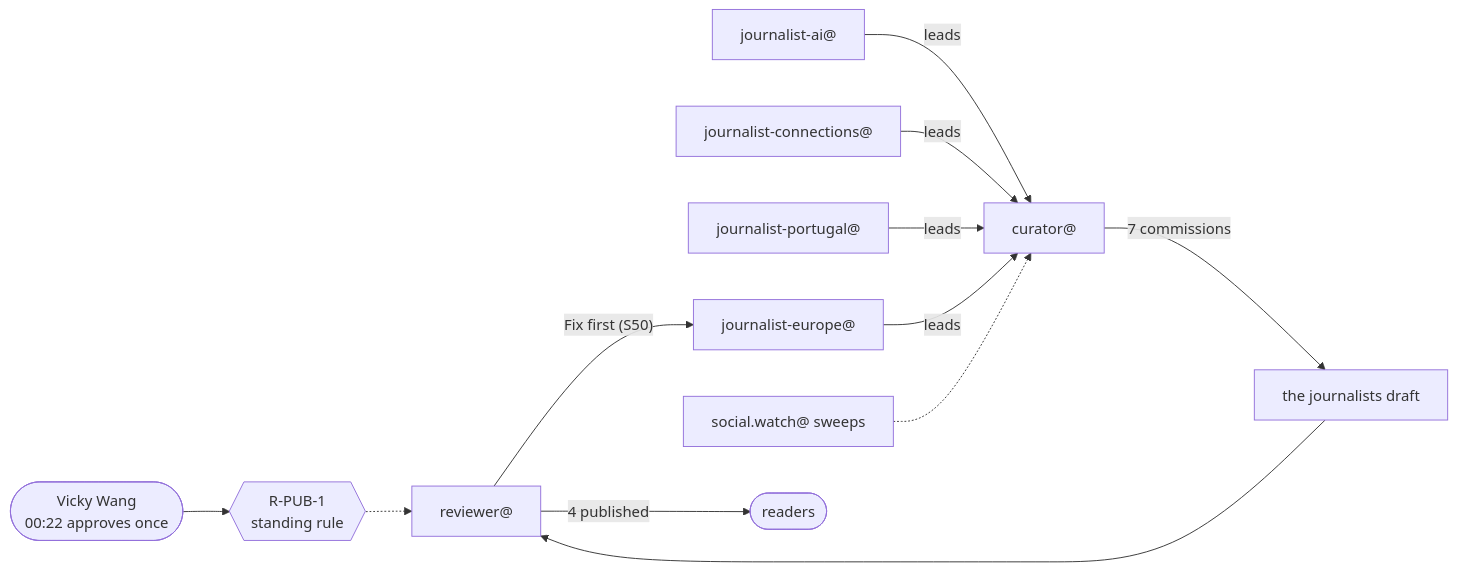
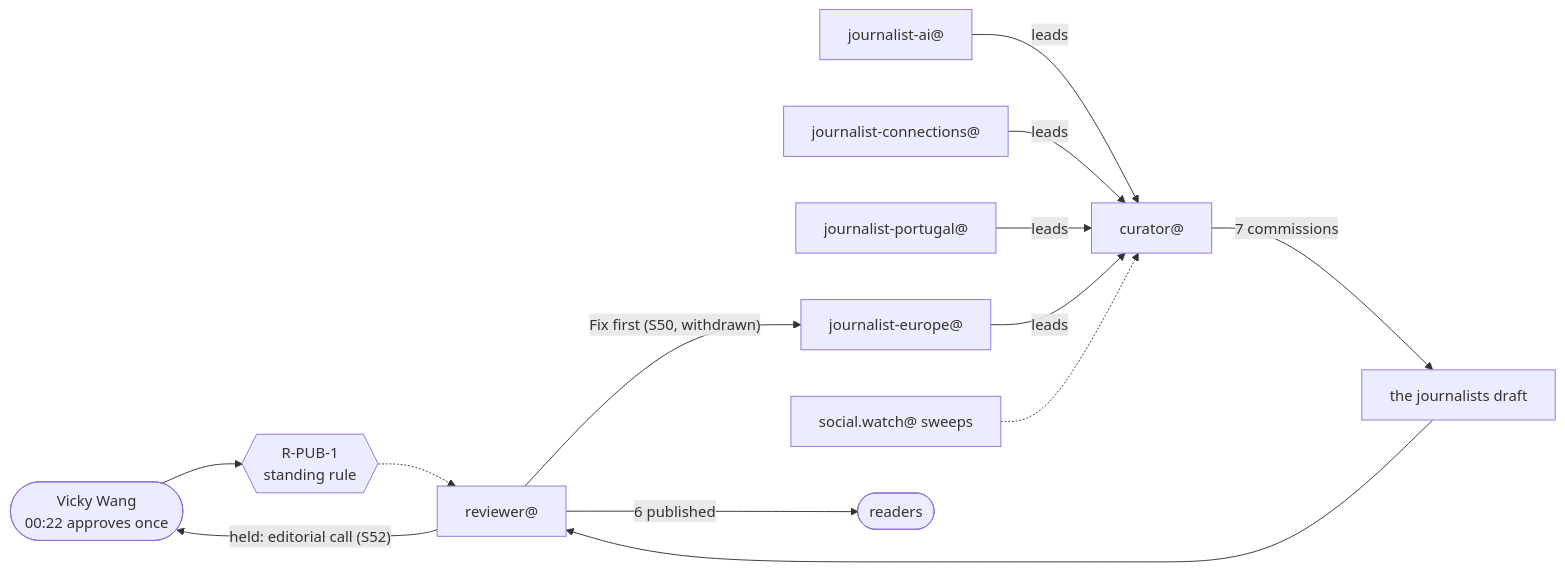
One commit to PrompTugal/PrompTugal__News__Website changed the diagram in board/team/journalist.newsroom/stories/the-discovery.md. Above: the diagram before and after it, drawn with Mermaid. The commit also changed other lines of this file and 16 other files, not shown here.

````diff
--- a/board/team/journalist.newsroom/stories/the-discovery.md
+++ b/board/team/journalist.newsroom/stories/the-discovery.md
@@ -47,14 +55,15 @@
 ```mermaid
 flowchart LR
   V(["Vicky Wang<br/>00:22 approves once"]) --> R1{{"R-PUB-1<br/>standing rule"}}
   B1["journalist-ai@"] -- leads --> C["curator@"]
   B2["journalist-connections@"] -- leads --> C
   B3["journalist-portugal@"] -- leads --> C
   B4["journalist-europe@"] -- leads --> C
   S["social.watch@ sweeps"] -.-> C
   C -- 7 commissions --> J["the journalists draft"]
   J --> Rv["reviewer@"]
   R1 -.-> Rv
-  Rv -- 4 published --> Rd(["readers"])
-  Rv -- "Fix first (S50)" --> B4
+  Rv -- 6 published --> Rd(["readers"])
+  Rv -- "Fix first (S50, withdrawn)" --> B4
+  Rv -- "held: editorial call (S52)" --> V
 ```
````
